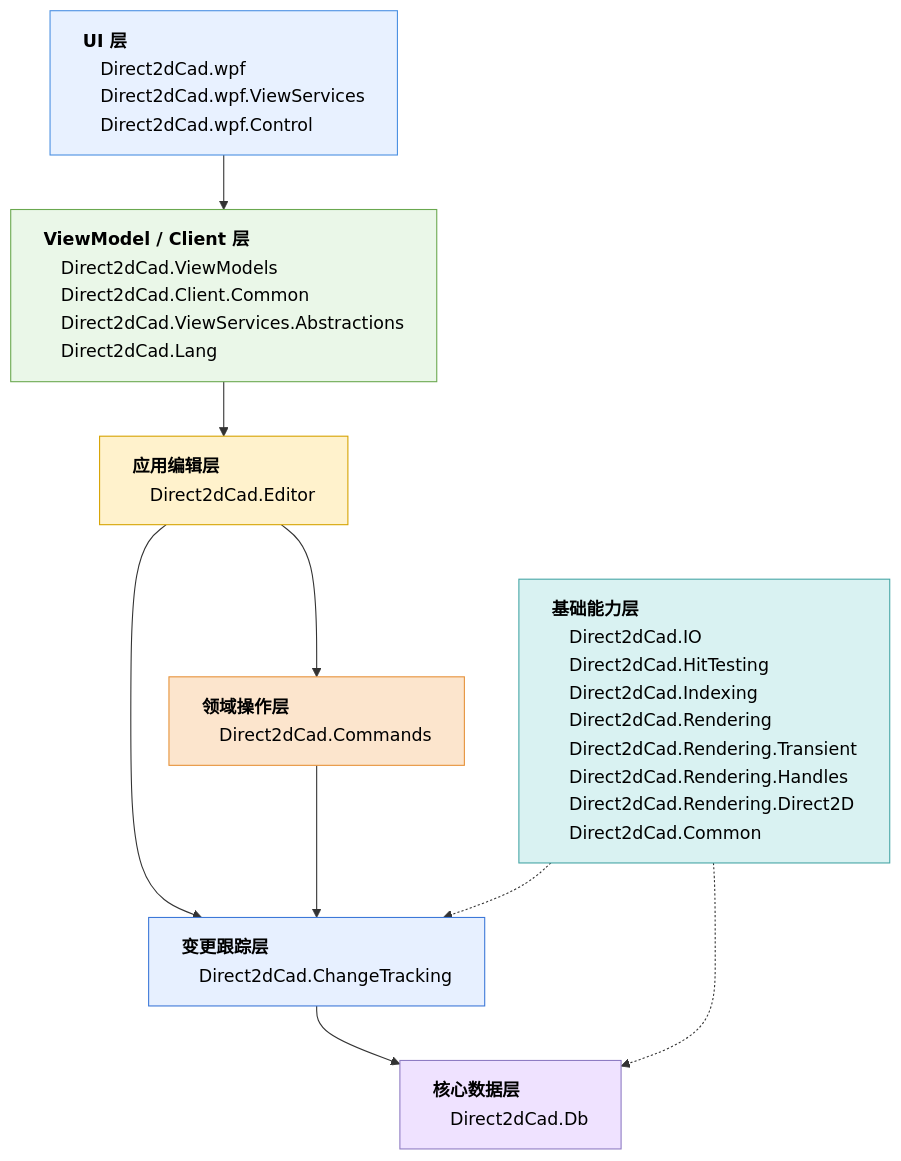
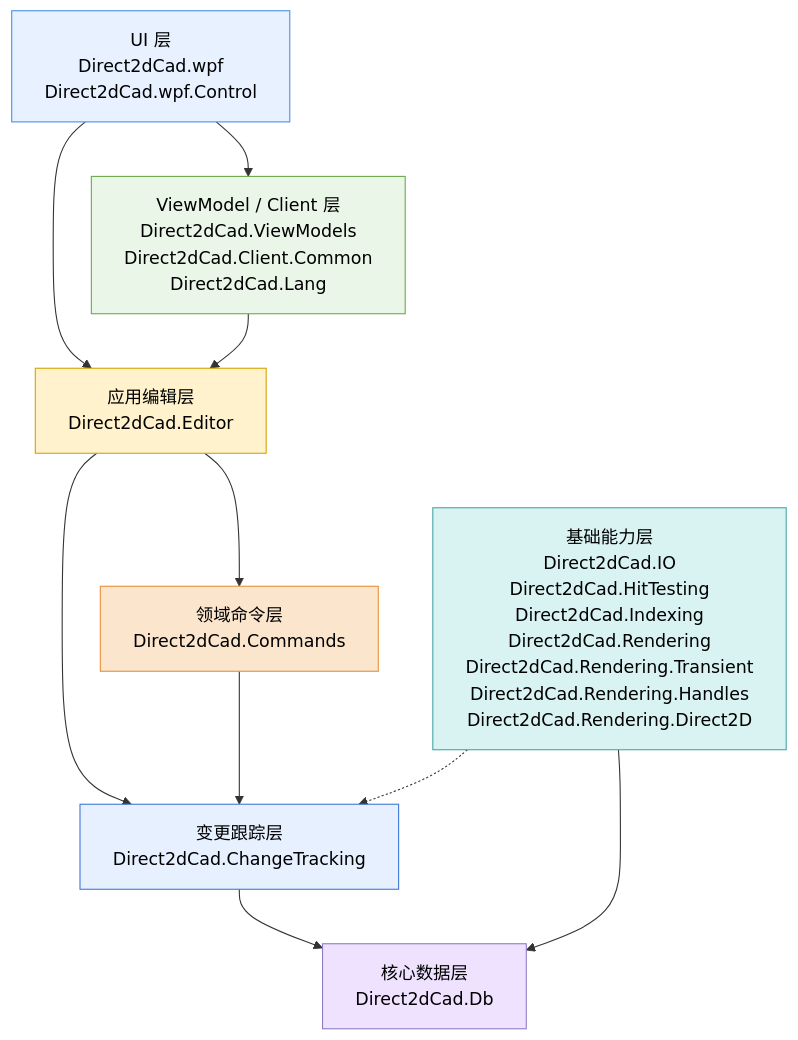
Before and after one commit to yoi102/Direct2dCad: the first of 2 diagrams in README.md, drawn with Mermaid. The commit also changed other lines of this file and 44 other files, not shown here.

````diff
--- a/README.md
+++ b/README.md
@@ -8,46 +34,36 @@
 ```mermaid
-%%{init: {"flowchart": {"htmlLabels": true}, "securityLevel": "loose"}}%%
-
 flowchart TD
-
-    UI["<div style='text-align:left; line-height:1.6; white-space:nowrap;'><b>UI 层</b><br/>&emsp;Direct2dCad.wpf<br/>&emsp;Direct2dCad.wpf.ViewServices<br/>&emsp;Direct2dCad.wpf.Control</div>"]
-
-    VM["<div style='text-align:left; line-height:1.6; white-space:nowrap;'><b>ViewModel / Client 层</b><br/>&emsp;Direct2dCad.ViewModels<br/>&emsp;Direct2dCad.Client.Common<br/>&emsp;Direct2dCad.ViewServices.Abstractions<br/>&emsp;Direct2dCad.Lang</div>"]
-
-    Editor["<div style='text-align:left; line-height:1.6; white-space:nowrap;'><b>应用编辑层</b><br/>&emsp;Direct2dCad.Editor</div>"]
-
-    Commands["<div style='text-align:left; line-height:1.6; white-space:nowrap;'><b>领域操作层</b><br/>&emsp;Direct2dCad.Commands</div>"]
-
-    ChangeTracking["<div style='text-align:left; line-height:1.6; white-space:nowrap;'><b>变更跟踪层</b><br/>&emsp;Direct2dCad.ChangeTracking</div>"]
-
-    Db["<div style='text-align:left; line-height:1.6; white-space:nowrap;'><b>核心数据层</b><br/>&emsp;Direct2dCad.Db</div>"]
-
-    Infra["<div style='text-align:left; line-height:1.6; white-space:nowrap;'><b>基础能力层</b><br/>&emsp;Direct2dCad.IO<br/>&emsp;Direct2dCad.HitTesting<br/>&emsp;Direct2dCad.Indexing<br/>&emsp;Direct2dCad.Rendering<br/>&emsp;Direct2dCad.Rendering.Transient<br/>&emsp;Direct2dCad.Rendering.Handles<br/>&emsp;Direct2dCad.Rendering.Direct2D<br/>&emsp;Direct2dCad.Common</div>"]
+    UI["UI 层<br/>Direct2dCad.wpf<br/>Direct2dCad.wpf.Control"]
+    VM["ViewModel / Client 层<br/>Direct2dCad.ViewModels<br/>Direct2dCad.Client.Common<br/>Direct2dCad.Lang"]
+    Editor["应用编辑层<br/>Direct2dCad.Editor"]
+    Commands["领域命令层<br/>Direct2dCad.Commands"]
+    ChangeTracking["变更跟踪层<br/>Direct2dCad.ChangeTracking"]
+    Db["核心数据层<br/>Direct2dCad.Db"]
+    Infra["基础能力层<br/>Direct2dCad.IO<br/>Direct2dCad.HitTesting<br/>Direct2dCad.Indexing<br/>Direct2dCad.Rendering<br/>Direct2dCad.Rendering.Transient<br/>Direct2dCad.Rendering.Handles<br/>Direct2dCad.Rendering.Direct2D"]
 
     UI --> VM
+    UI --> Editor
     VM --> Editor
     Editor --> Commands
     Editor --> ChangeTracking
     Commands --> ChangeTracking
     ChangeTracking --> Db
-
+    Infra --> Db
     Infra -.-> ChangeTracking
-    Infra -.-> Db
 
     classDef ui fill:#e8f1ff,stroke:#4a90e2,color:#000;
     classDef vm fill:#eaf7e8,stroke:#6aa84f,color:#000;
     classDef app fill:#fff2cc,stroke:#d6a300,color:#000;
     classDef domain fill:#fce5cd,stroke:#e69138,color:#000;
     classDef change fill:#e7f0ff,stroke:#3c78d8,color:#000;
     classDef data fill:#efe2ff,stroke:#8e7cc3,color:#000;
     classDef infra fill:#d9f2f2,stroke:#46a6a6,color:#000;
 
     class UI ui;
     class VM vm;
     class Editor app;
     class Commands domain;
     class ChangeTracking change;
     class Db data;
     class Infra infra;
-
 ```
````
